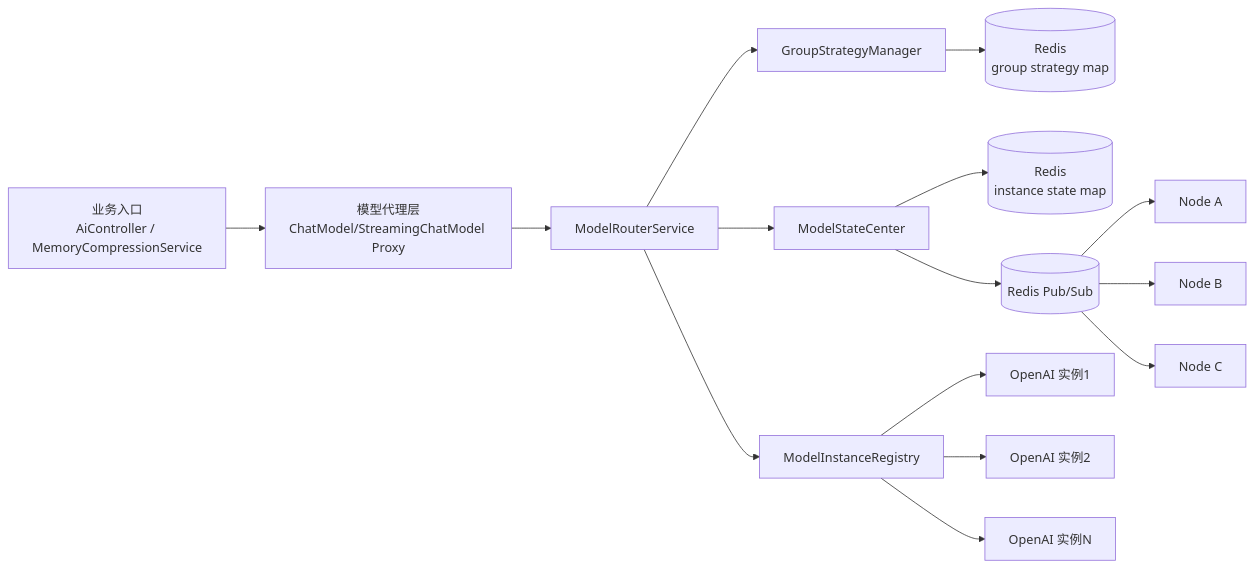
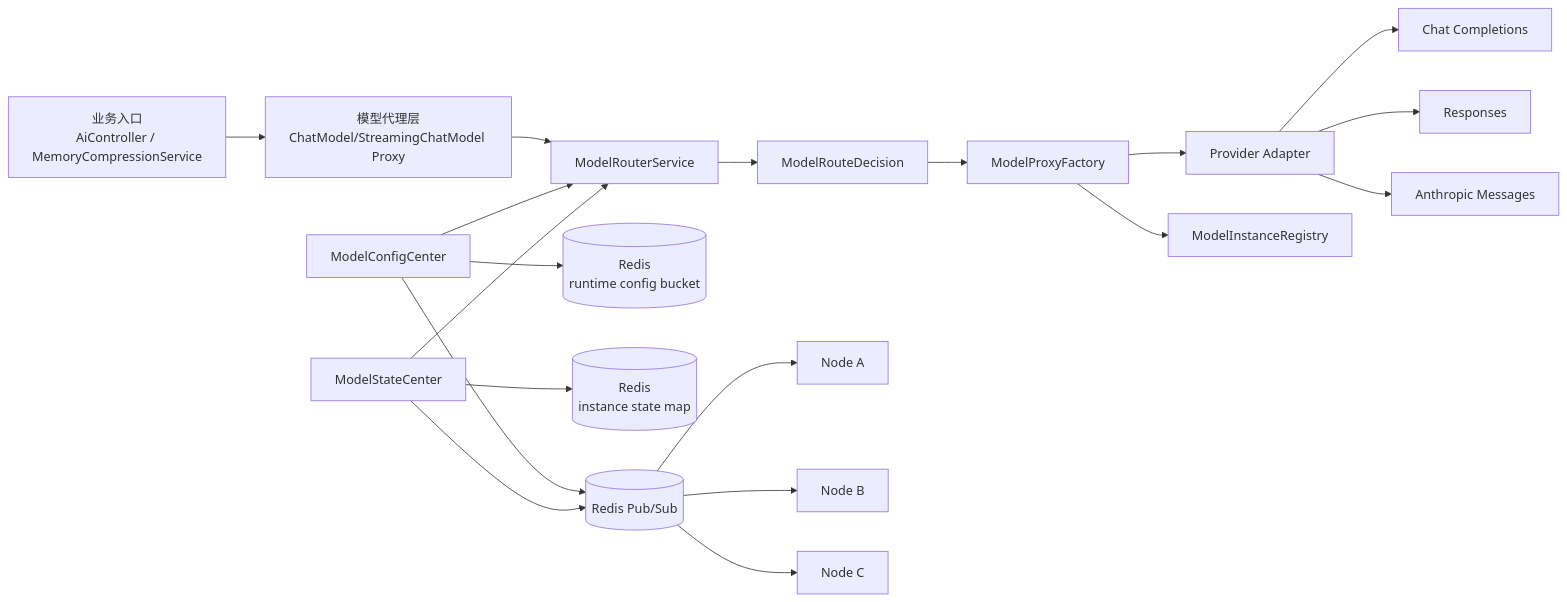
The first of 2 diagrams in docs/design/model-management-framework.md (Aseubel/yusi), drawn with Mermaid before and after one commit. The commit also changed other lines of this file and 46 other files, not shown here.

````diff
--- a/docs/design/model-management-framework.md
+++ b/docs/design/model-management-framework.md
@@ -17,17 +17,21 @@
 ```mermaid
 flowchart LR
     A[业务入口<br/>AiController / MemoryCompressionService] --> B[模型代理层<br/>ChatModel/StreamingChatModel Proxy]
     B --> C[ModelRouterService]
-    C --> D[GroupStrategyManager]
-    C --> E[ModelInstanceRegistry]
-    C --> F[ModelStateCenter]
-    D --> R1[(Redis<br/>group strategy map)]
-    F --> R2[(Redis<br/>instance state map)]
-    F --> P[(Redis Pub/Sub)]
+    C --> D[ModelRouteDecision]
+    D --> E[ModelProxyFactory]
+    E --> F[Provider Adapter]
+    F --> M1[Chat Completions]
+    F --> M2[Responses]
+    F --> M3[Anthropic Messages]
+    Config[ModelConfigCenter] --> C
+    Config --> R1[(Redis<br/>runtime config bucket)]
+    State[ModelStateCenter] --> C
+    State --> R2[(Redis<br/>instance state map)]
+    Config --> P[(Redis Pub/Sub)]
+    State --> P
     P --> N1[Node A]
     P --> N2[Node B]
     P --> N3[Node C]
-    E --> M1[OpenAI 实例1]
-    E --> M2[OpenAI 实例2]
-    E --> M3[OpenAI 实例N]
+    E --> Registry[ModelInstanceRegistry]
 ```
````
